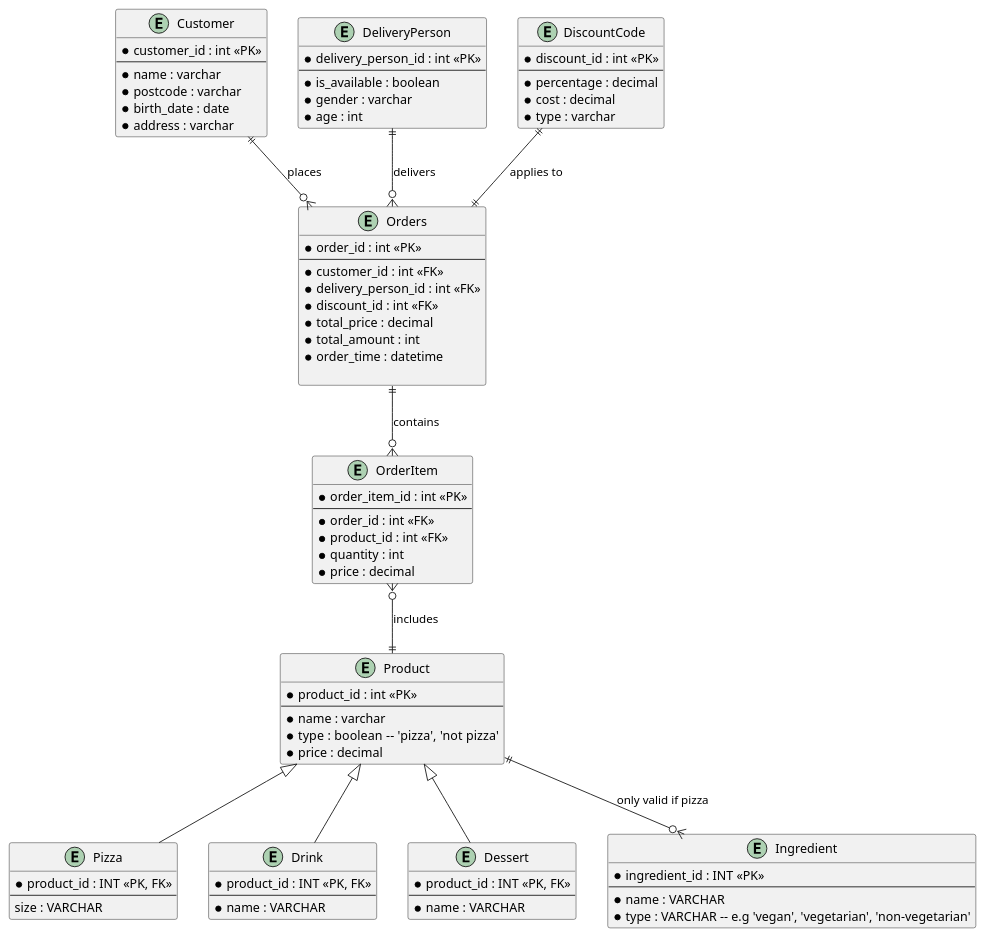
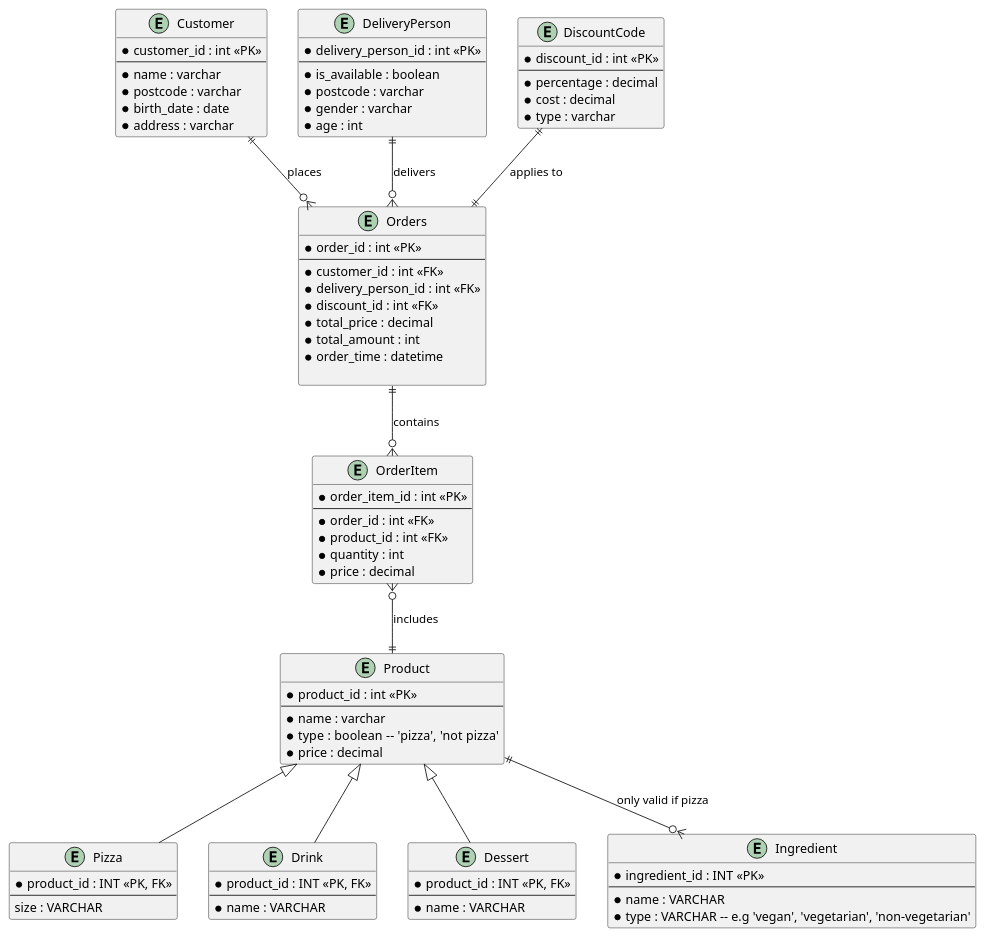
The diagram in ERD.puml (DylanTran1808/Database-Project), drawn with PlantUML before and after one commit. The commit also changed 3 other files, not shown here.

```diff
--- a/ERD.puml
+++ b/ERD.puml
@@ -1,104 +1,105 @@
 @startuml Entity-Relationship-Diagram
 
 ' -- Entities based on the SQL schema --
 
 entity "Product" as product {
   * product_id : int <<PK>>
   --
   * name : varchar
   * type : boolean  -- 'pizza', 'not pizza'
   * price : decimal
 }
 
 entity "Pizza" as P {
   * product_id : INT <<PK, FK>>
   --
   size : VARCHAR
 }
 
 entity "Drink" as drink {
   * product_id : INT <<PK, FK>>
   --
   * name : VARCHAR
 }
 
 entity "Dessert" as dessert {
   * product_id : INT <<PK, FK>>
   --
   * name : VARCHAR
 }
 
 entity "OrderItem" as OI {
   * order_item_id : int <<PK>>
   --
   * order_id : int <<FK>> 
   * product_id : int <<FK>>
   * quantity : int
   * price : decimal
 }
 
 entity "Orders" as O {
   * order_id : int <<PK>>
   --
   * customer_id : int <<FK>>
   * delivery_person_id : int <<FK>>
   * discount_id : int <<FK>>
   * total_price : decimal
   * total_amount : int
   * order_time : datetime
 
 }
 
 ' -- Other existing entities (assumed) --
 
 entity "Customer" as customer {
   * customer_id : int <<PK>>
   --
   * name : varchar
   * postcode : varchar
   * birth_date : date
   * address : varchar
 }
 
 entity "DeliveryPerson" as DP {
   * delivery_person_id : int <<PK>>
   --
   * is_available : boolean
+  * postcode : varchar
   * gender : varchar
   * age : int
 }
 
 entity "DiscountCode" as DC {
   * discount_id : int <<PK>>
   --
   * percentage : decimal
   * cost : decimal
   * type : varchar
 }
 
 entity "Ingredient" as I {
   * ingredient_id : INT <<PK>>
   --
   * name : VARCHAR
   * type : VARCHAR -- e.g 'vegan', 'vegetarian', 'non-vegetarian'
 }
 
 
 ' -- Relationships --
 
 ' Inheritance: Pizza, Drink, and Dessert are types of Product
 product <|-- P
 product <|-- drink
 product <|-- dessert
 
 ' Core order relationships
 customer ||--o{ O : places
 O      ||--o{ OI : contains
 OI     }o--|| product : includes
 DP     ||--o{ O : delivers
 
 ' Other relationships (assumed)
 product ||--o{ I : "only valid if pizza"
 DC ||--|| O : "applies to"
 
 @enduml
```
